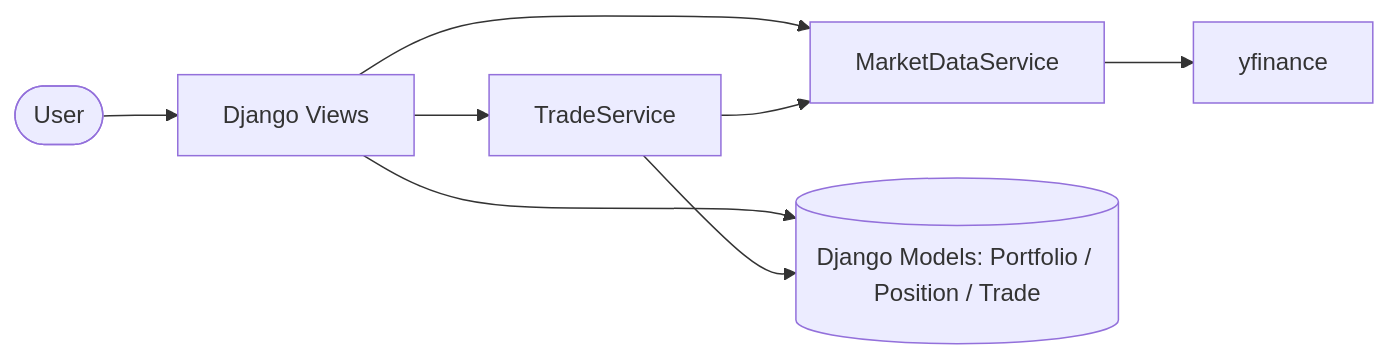
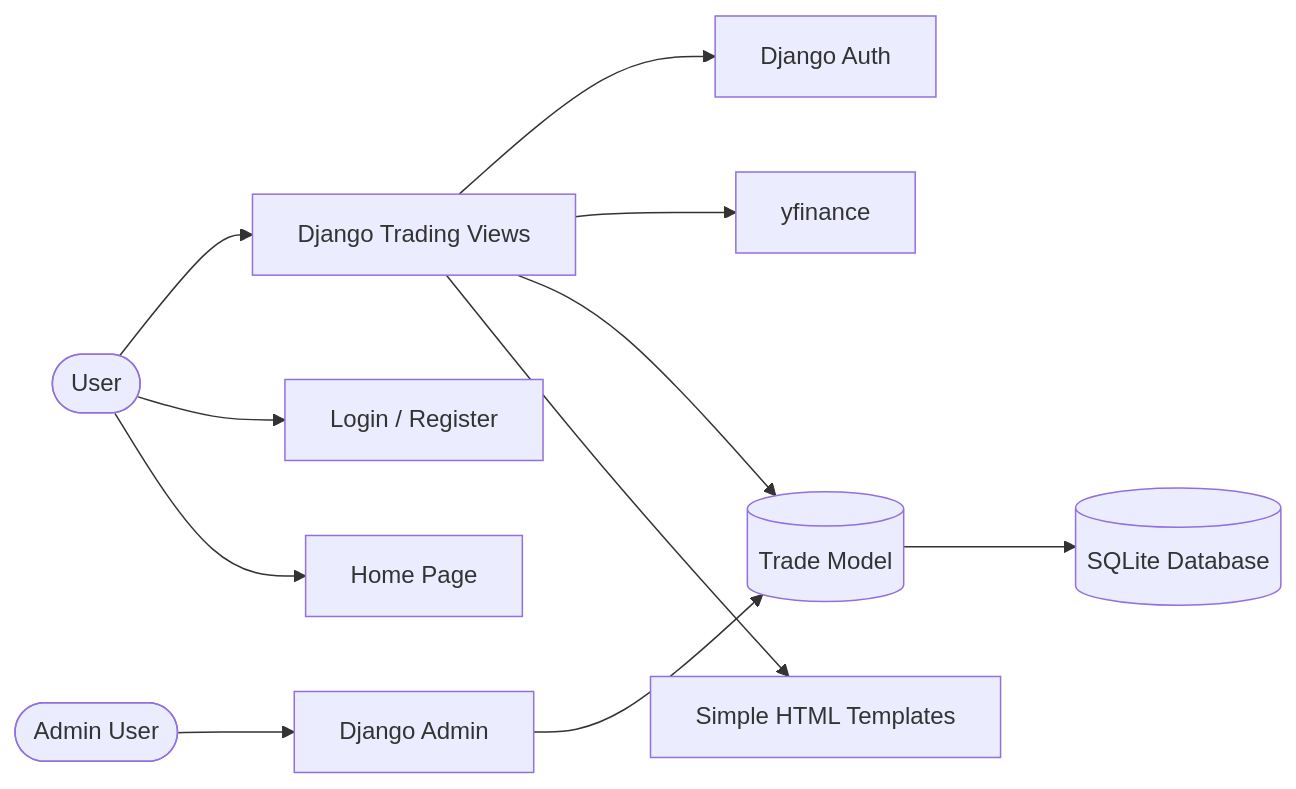
The diagram in Mermaid Diagrams/app-structure-diagram.mmd (noahstephenson/Paper-Trading-App), drawn with Mermaid before and after one commit. The commit also changed 11 other files, not shown here.

Commit message:
Improve trade confirmation flow and project docs

```diff
--- a/Mermaid Diagrams/app-structure-diagram.mmd
+++ b/Mermaid Diagrams/app-structure-diagram.mmd
@@ -1,11 +1,13 @@
 flowchart LR
-    User([User]) --> Views[Django Views]
+    User([User]) --> Home[Home Page]
+    User --> Auth[Login / Register]
+    User --> TradingViews[Django Trading Views]
+    Admin([Admin User]) --> AdminSite[Django Admin]
 
-    Views --> TradeService[TradeService]
-    Views --> MarketDataService[MarketDataService]
-    Views --> Data[(Django Models: Portfolio / Position / Trade)]
+    TradingViews --> Templates[Simple HTML Templates]
+    TradingViews --> TradeModel[(Trade Model)]
+    TradingViews --> MarketData[yfinance]
+    TradingViews --> AuthSystem[Django Auth]
 
-    TradeService --> MarketDataService
-    TradeService --> Data
-
-    MarketDataService --> YFinance[yfinance]
+    TradeModel --> SQLite[(SQLite Database)]
+    AdminSite --> TradeModel
```
